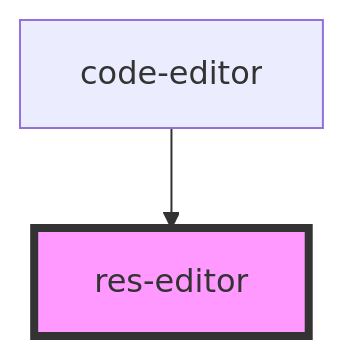
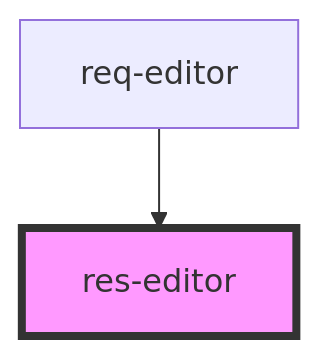
One commit to techvariable/NeptuneConnectComponents changed the diagram in src/components/res-editor/readme.md. Above: the diagram before and after it, drawn with Mermaid. The commit also changed other lines of this file and 10 other files, not shown here.

Commit message:
added req and res editor

````diff
--- a/src/components/res-editor/readme.md
+++ b/src/components/res-editor/readme.md
@@ -22,5 +22,5 @@
 ```mermaid
 graph TD;
-  code-editor --> res-editor
+  req-editor --> res-editor
   style res-editor fill:#f9f,stroke:#333,stroke-width:4px
 ```
````
